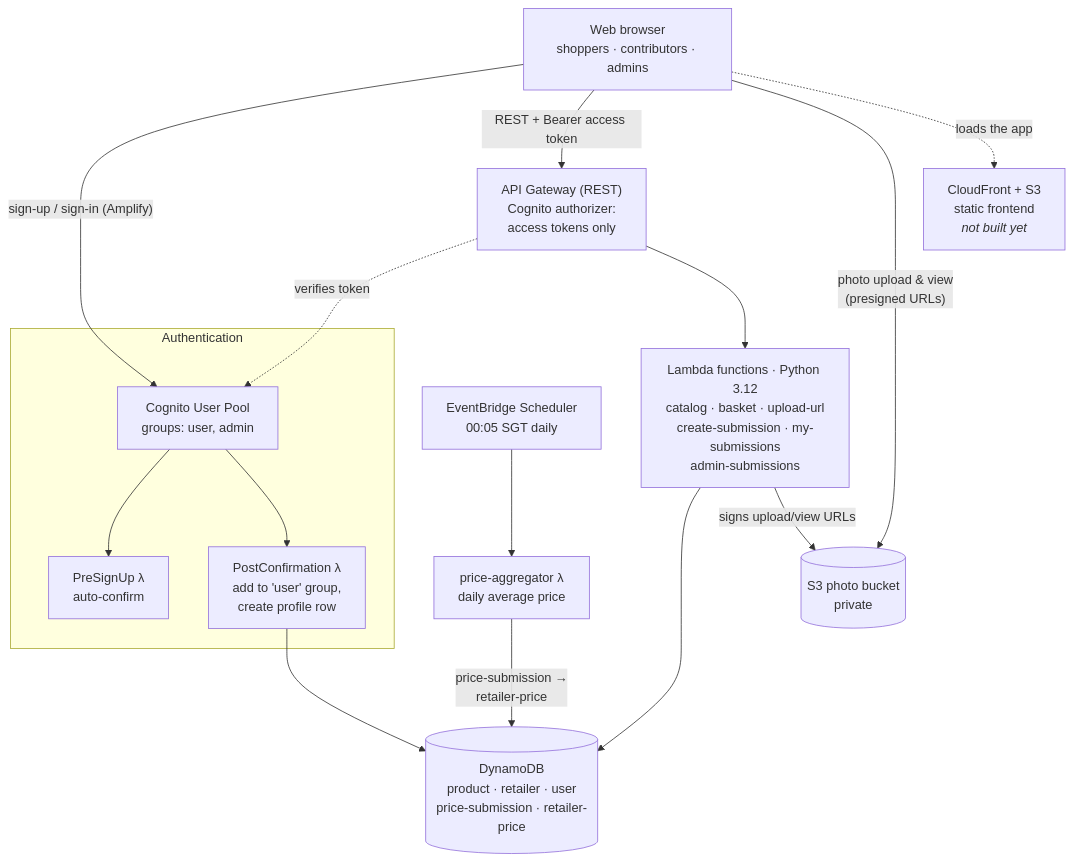
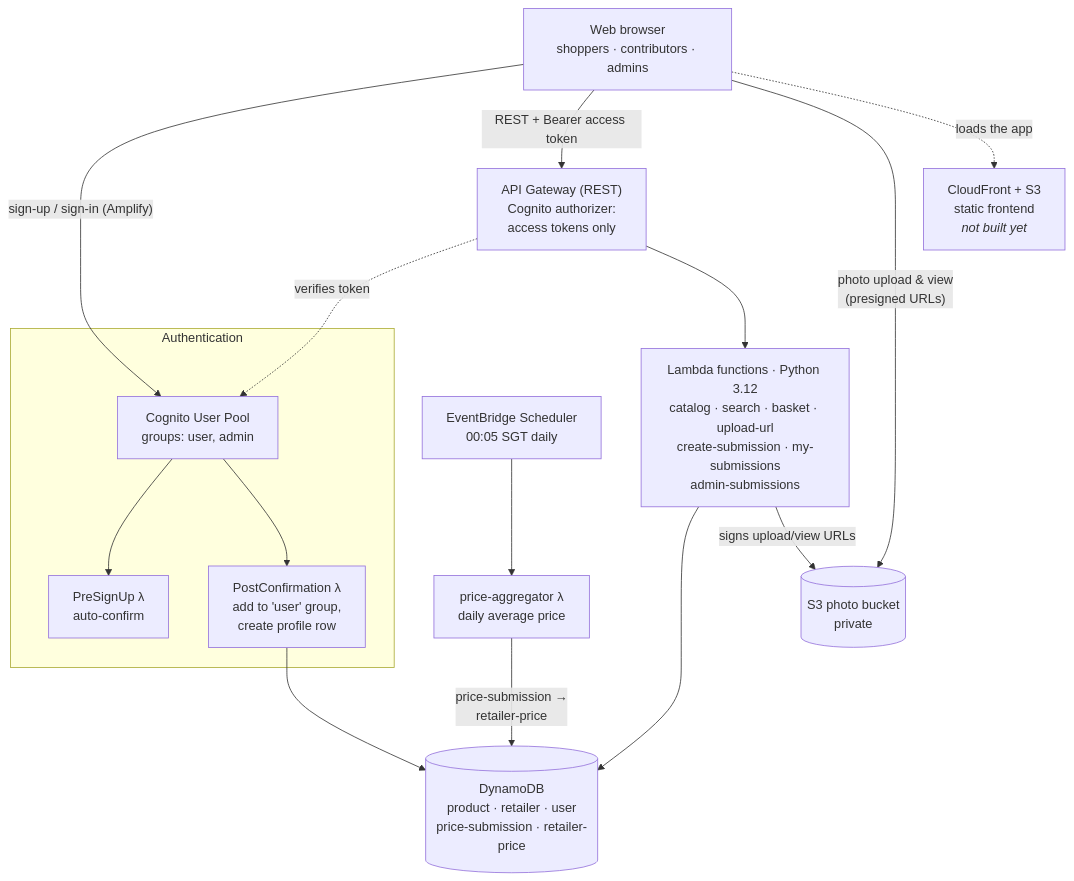
Before and after one commit to Gareth2-YS/TrolleySaver: the first of 6 diagrams in docs/architecture/ARCHITECTURE.md, drawn with Mermaid. The commit also changed other lines of this file and 6 other files, not shown here.

````diff
--- a/docs/architecture/ARCHITECTURE.md
+++ b/docs/architecture/ARCHITECTURE.md
@@ -18,32 +18,32 @@
 ```mermaid
 flowchart TB
     B["Web browser<br/>shoppers · contributors · admins"]
 
     subgraph auth["Authentication"]
         C["Cognito User Pool<br/>groups: user, admin"]
         PSU["PreSignUp λ<br/>auto-confirm"]
         PCF["PostConfirmation λ<br/>add to 'user' group,<br/>create profile row"]
     end
 
     API["API Gateway (REST)<br/>Cognito authorizer:<br/>access tokens only"]
-    L["Lambda functions · Python 3.12<br/>catalog · basket · upload-url<br/>create-submission · my-submissions<br/>admin-submissions"]
+    L["Lambda functions · Python 3.12<br/>catalog · search · basket · upload-url<br/>create-submission · my-submissions<br/>admin-submissions"]
     D[("DynamoDB<br/>product · retailer · user<br/>price-submission · retailer-price")]
     S["EventBridge Scheduler<br/>00:05 SGT daily"]
     AG["price-aggregator λ<br/>daily average price"]
     P[("S3 photo bucket<br/>private")]
     CF["CloudFront + S3<br/>static frontend<br/><i>not built yet</i>"]
 
     B -- "sign-up / sign-in (Amplify)" --> C
     C --> PSU
     C --> PCF
     PCF --> D
     B -- "REST + Bearer access token" --> API
     API -. "verifies token" .-> C
     API --> L
     L --> D
     S --> AG
     AG -- "price-submission →<br/>retailer-price" --> D
     L -- "signs upload/view URLs" --> P
     B -- "photo upload & view<br/>(presigned URLs)" --> P
     B -. "loads the app" .-> CF
 ```
````
